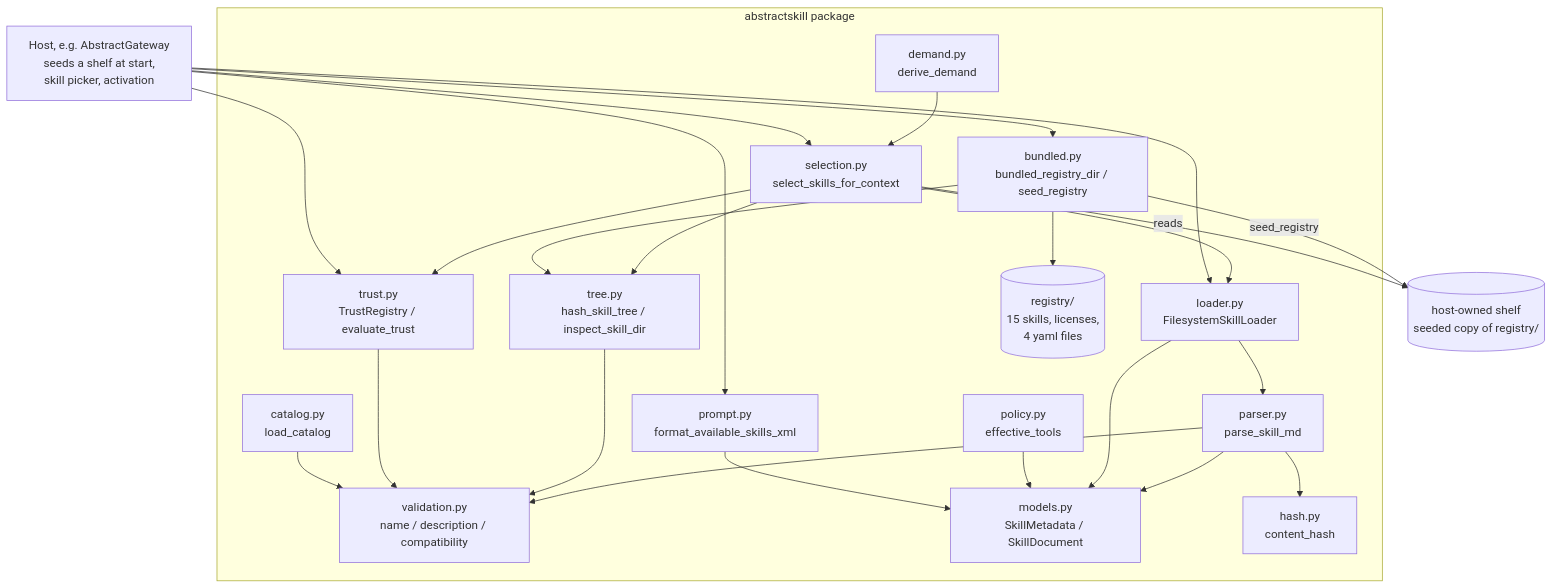
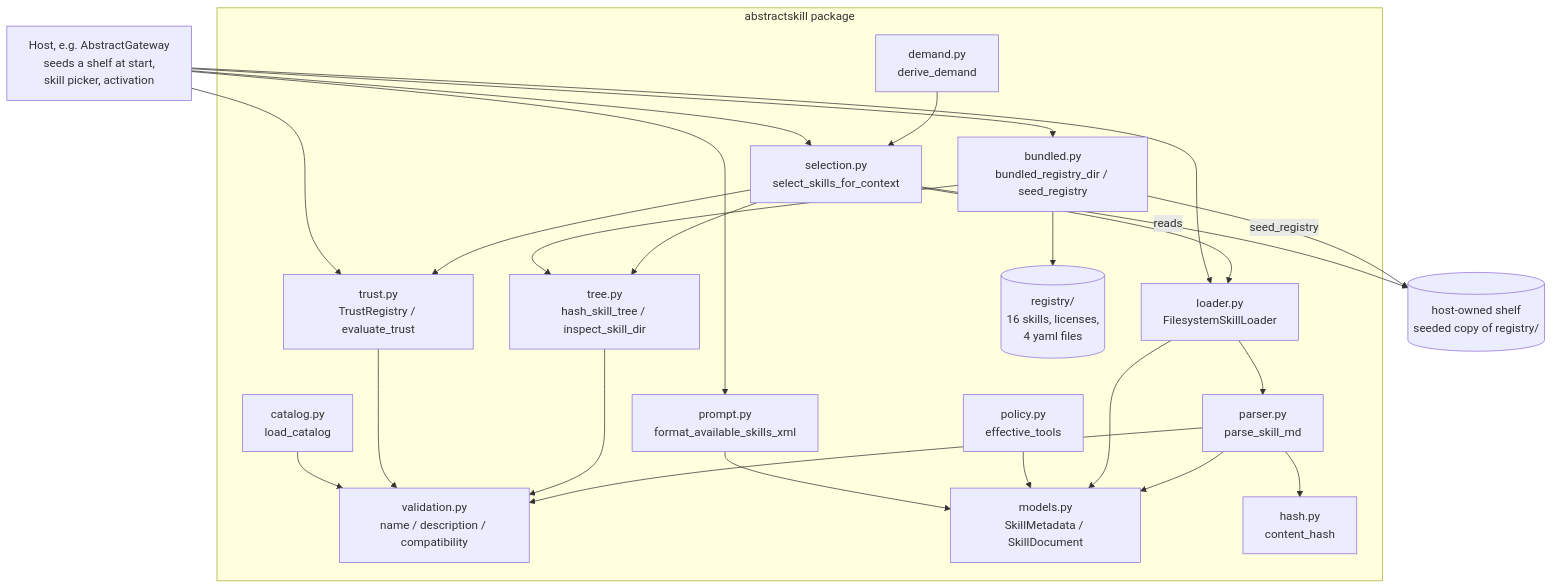
One commit to lpalbou/AbstractSkill changed the first of 4 diagrams in docs/architecture.md. Above: the diagram before and after it, drawn with Mermaid. The commit also changed 22 other files, not shown here.

````diff
--- a/docs/architecture.md
+++ b/docs/architecture.md
@@ -15,47 +15,47 @@
 ```mermaid
 graph TD
     subgraph pkg[abstractskill package]
         parser[parser.py<br/>parse_skill_md]
         validation[validation.py<br/>name / description / compatibility]
         models[models.py<br/>SkillMetadata / SkillDocument]
         hash[hash.py<br/>content_hash]
         loader[loader.py<br/>FilesystemSkillLoader]
         tree[tree.py<br/>hash_skill_tree / inspect_skill_dir]
         trust[trust.py<br/>TrustRegistry / evaluate_trust]
         selection[selection.py<br/>select_skills_for_context]
         prompt[prompt.py<br/>format_available_skills_xml]
         policy[policy.py<br/>effective_tools]
         demand[demand.py<br/>derive_demand]
         catalog[catalog.py<br/>load_catalog]
         bundled[bundled.py<br/>bundled_registry_dir / seed_registry]
-        registry[(registry/<br/>15 skills, licenses,<br/>4 yaml files)]
+        registry[(registry/<br/>16 skills, licenses,<br/>4 yaml files)]
     end
 
     parser --> validation
     parser --> models
     parser --> hash
     loader --> parser
     loader --> models
     tree --> validation
     trust --> validation
     catalog --> validation
     selection --> loader
     selection --> tree
     selection --> trust
     demand --> selection
     policy --> models
     prompt --> models
     bundled --> tree
     bundled --> registry
 
     host[Host, e.g. AbstractGateway<br/>seeds a shelf at start,<br/>skill picker, activation]
     shelf[(host-owned shelf<br/>seeded copy of registry/)]
 
     host --> bundled
     bundled -->|seed_registry| shelf
     host --> selection
     selection -->|reads| shelf
     host --> prompt
     host --> loader
     host --> trust
 ```
````
